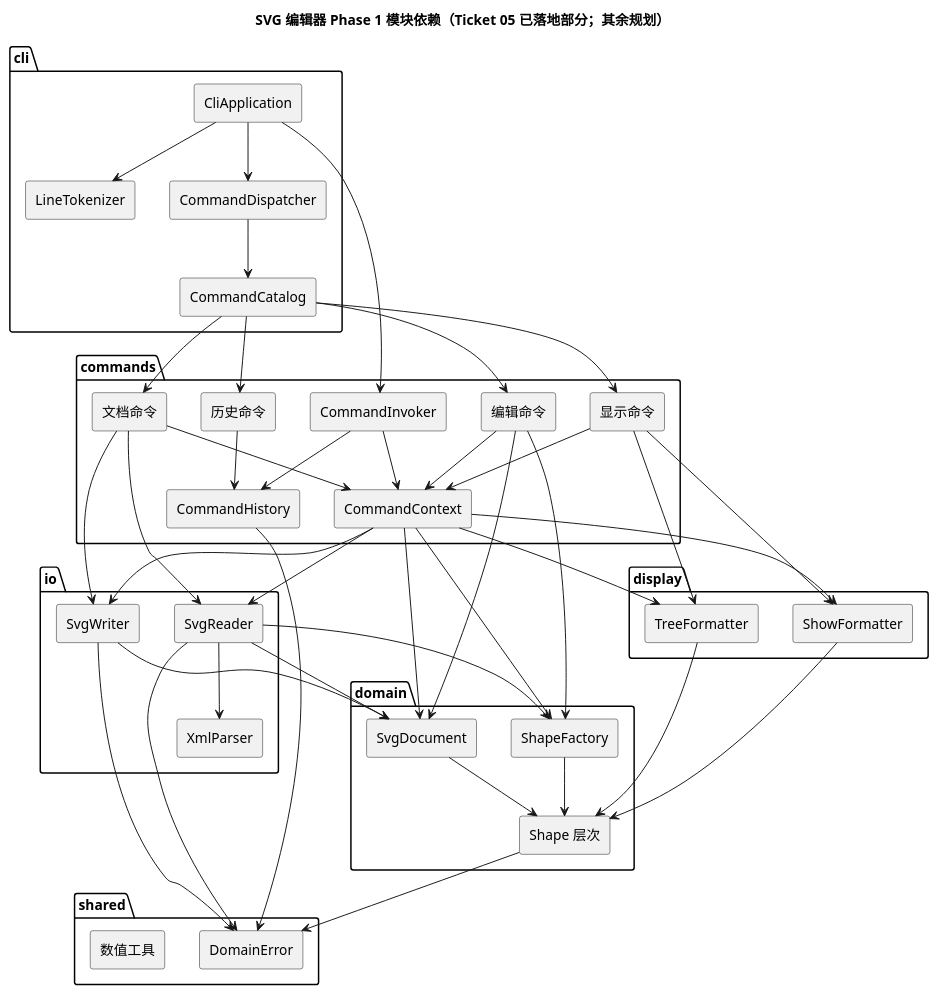
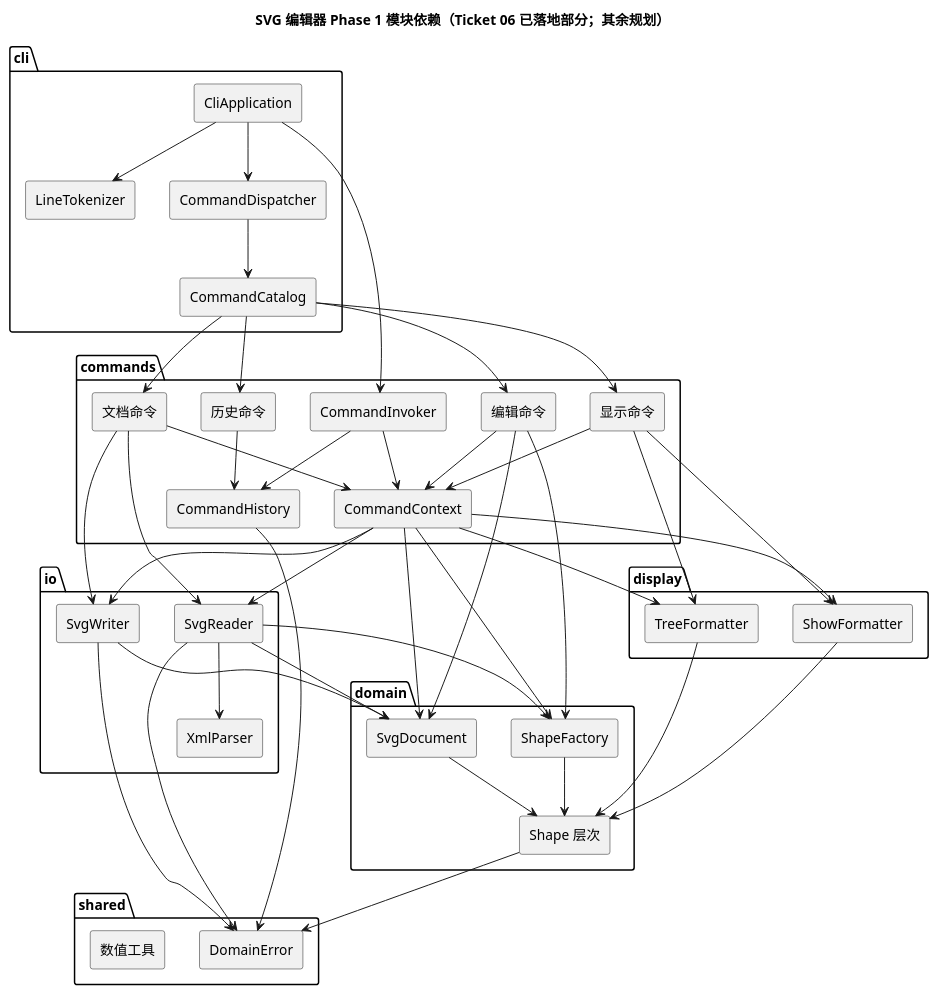
The diagram in doc/architecture.puml (NQC233/svg-editor-lab1), drawn with PlantUML before and after one commit. The commit also changed 5 other files, not shown here.

```diff
--- a/doc/architecture.puml
+++ b/doc/architecture.puml
@@ -1,82 +1,82 @@
 @startuml
 skinparam componentStyle rectangle
-title SVG 编辑器 Phase 1 模块依赖（Ticket 05 已落地部分；其余规划）
+title SVG 编辑器 Phase 1 模块依赖（Ticket 06 已落地部分；其余规划）
 
 package "cli" {
   [CliApplication]
   [CommandDispatcher]
   [CommandCatalog]
   [LineTokenizer]
 }
 
 package "commands" {
   [CommandInvoker]
   [CommandHistory]
   [CommandContext]
   [编辑命令]
   [文档命令]
   [显示命令]
   [历史命令]
 }
 
 package "domain" {
   [SvgDocument]
   [Shape 层次]
   [ShapeFactory]
 }
 
 package "io" {
   [SvgReader]
   [SvgWriter]
   [XmlParser]
 }
 
 package "display" {
   [TreeFormatter]
   [ShowFormatter]
 }
 
 package "shared" {
   [DomainError]
   [数值工具]
 }
 
 [CliApplication] --> [LineTokenizer]
 [CliApplication] --> [CommandDispatcher]
 [CliApplication] --> [CommandInvoker]
 [CommandDispatcher] --> [CommandCatalog]
 [CommandCatalog] --> [编辑命令]
 [CommandCatalog] --> [文档命令]
 [CommandCatalog] --> [显示命令]
 [CommandCatalog] --> [历史命令]
 [CommandInvoker] --> [CommandHistory]
 [CommandInvoker] --> [CommandContext]
 [编辑命令] --> [CommandContext]
 [文档命令] --> [CommandContext]
 [显示命令] --> [CommandContext]
 [历史命令] --> [CommandHistory]
 [CommandContext] --> [SvgDocument]
 [CommandContext] --> [SvgReader]
 [CommandContext] --> [SvgWriter]
 [CommandContext] --> [TreeFormatter]
 [CommandContext] --> [ShowFormatter]
 [CommandContext] --> [ShapeFactory]
 [编辑命令] --> [SvgDocument]
 [编辑命令] --> [ShapeFactory]
 [文档命令] --> [SvgReader]
 [文档命令] --> [SvgWriter]
 [显示命令] --> [TreeFormatter]
 [显示命令] --> [ShowFormatter]
 [SvgReader] --> [XmlParser]
 [SvgReader] --> [SvgDocument]
 [SvgReader] --> [ShapeFactory]
 [SvgWriter] --> [SvgDocument]
 [TreeFormatter] --> [Shape 层次]
 [ShowFormatter] --> [Shape 层次]
 [ShapeFactory] --> [Shape 层次]
 [SvgDocument] --> [Shape 层次]
 [Shape 层次] --> [DomainError]
 [SvgReader] --> [DomainError]
 [SvgWriter] --> [DomainError]
 [CommandHistory] --> [DomainError]
 @enduml
```
